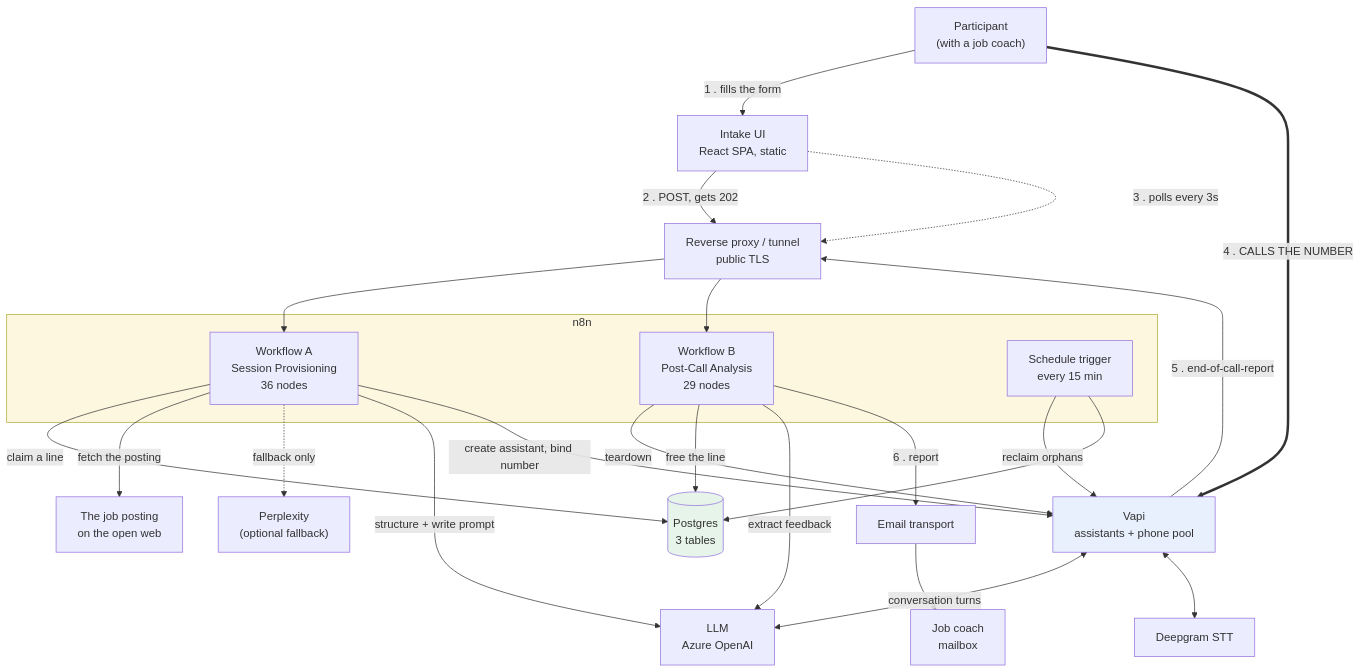
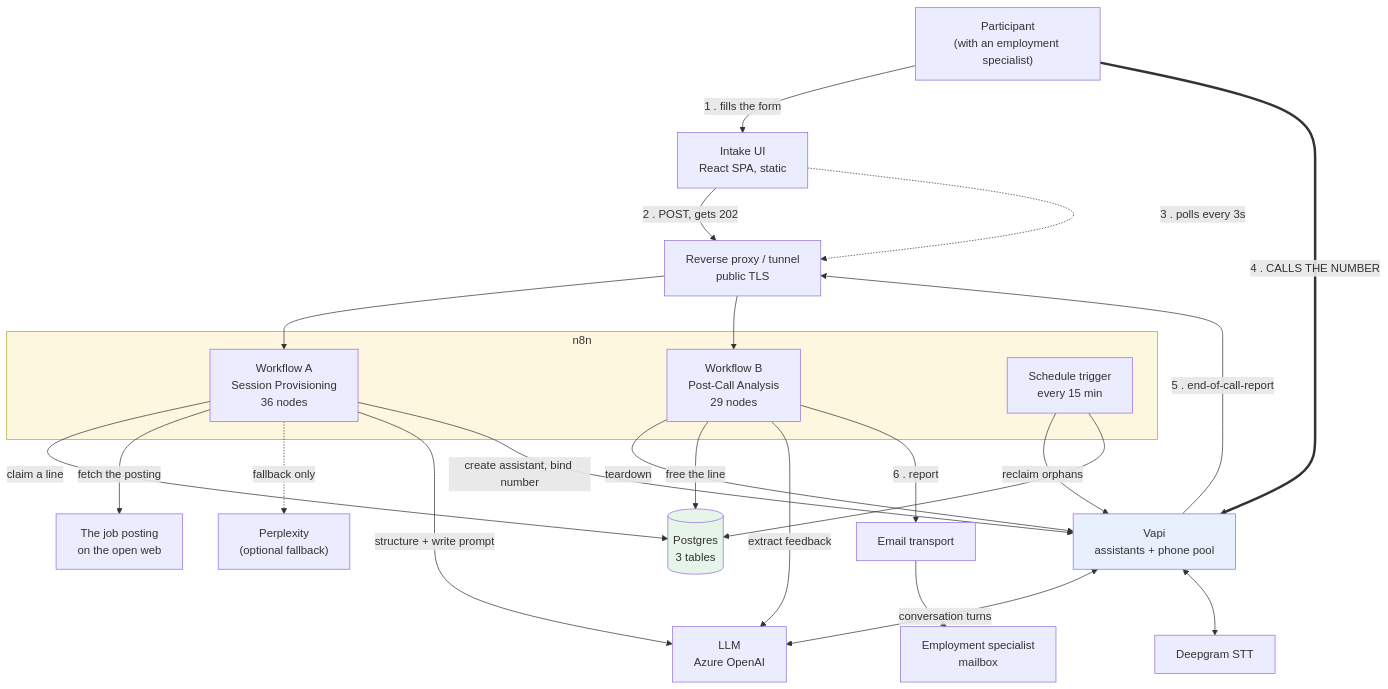
The first of 4 diagrams in PLAYBOOK.md (MERS-Missouri-Goodwill-Industries/PrepView), drawn with Mermaid before and after one commit. The commit also changed other lines of this file and 25 other files, not shown here.

````diff
--- a/PLAYBOOK.md
+++ b/PLAYBOOK.md
@@ -88,48 +88,48 @@
 ```mermaid
 graph TB
-    P["Participant<br/>(with a job coach)"]
+    P["Participant<br/>(with an employment specialist)"]
     UI["Intake UI<br/>React SPA, static"]
     PROXY["Reverse proxy / tunnel<br/>public TLS"]
 
     subgraph N8N["n8n"]
         WA["Workflow A<br/>Session Provisioning<br/>36 nodes"]
         WB["Workflow B<br/>Post-Call Analysis<br/>29 nodes"]
         SWEEP["Schedule trigger<br/>every 15 min"]
     end
 
     PG[("Postgres<br/>3 tables")]
     VAPI["Vapi<br/>assistants + phone pool"]
     LLM["LLM<br/>Azure OpenAI"]
     DG["Deepgram STT"]
     MAIL["Email transport"]
     WEB["The job posting<br/>on the open web"]
     PPLX["Perplexity<br/>(optional fallback)"]
-    COACH["Job coach<br/>mailbox"]
+    SPEC["Employment specialist<br/>mailbox"]
 
     P -->|"1 . fills the form"| UI
     UI -->|"2 . POST, gets 202"| PROXY
     UI -.->|"3 . polls every 3s"| PROXY
     PROXY --> WA
     WA -->|"claim a line"| PG
     WA -->|"fetch the posting"| WEB
     WA -.->|"fallback only"| PPLX
     WA -->|"structure + write prompt"| LLM
     WA -->|"create assistant, bind number"| VAPI
 
     P ==>|"4 . CALLS THE NUMBER"| VAPI
     VAPI <-->|"conversation turns"| LLM
     VAPI <--> DG
     VAPI -->|"5 . end-of-call-report"| PROXY
     PROXY --> WB
     WB -->|"teardown"| VAPI
     WB -->|"free the line"| PG
     WB -->|"extract feedback"| LLM
     WB -->|"6 . report"| MAIL
-    MAIL --> COACH
+    MAIL --> SPEC
     SWEEP -->|"reclaim orphans"| VAPI
     SWEEP --> PG
 
     style VAPI fill:#e8f0fe
     style PG fill:#e6f4ea
     style N8N fill:#fef7e0
 ```
````
